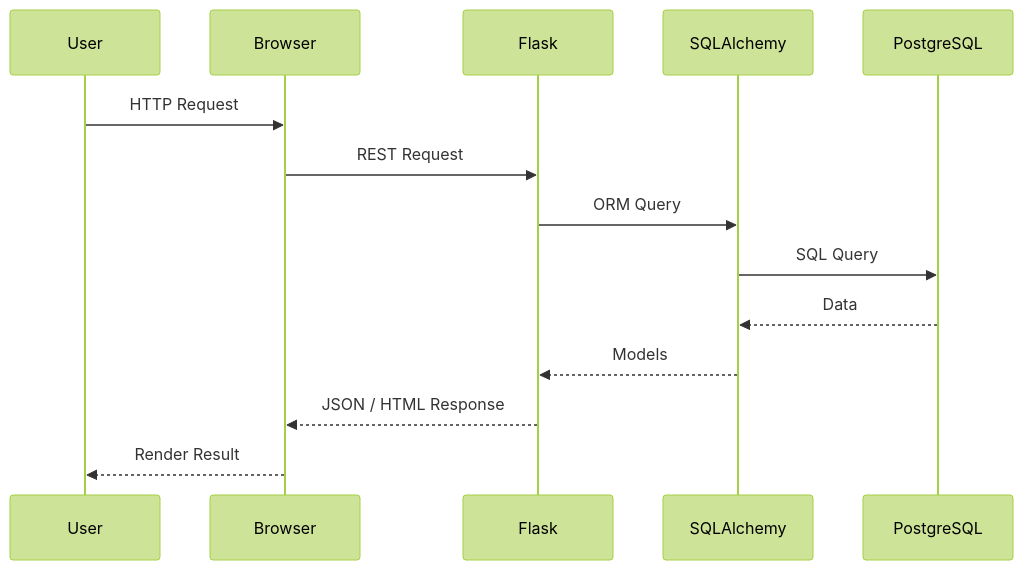
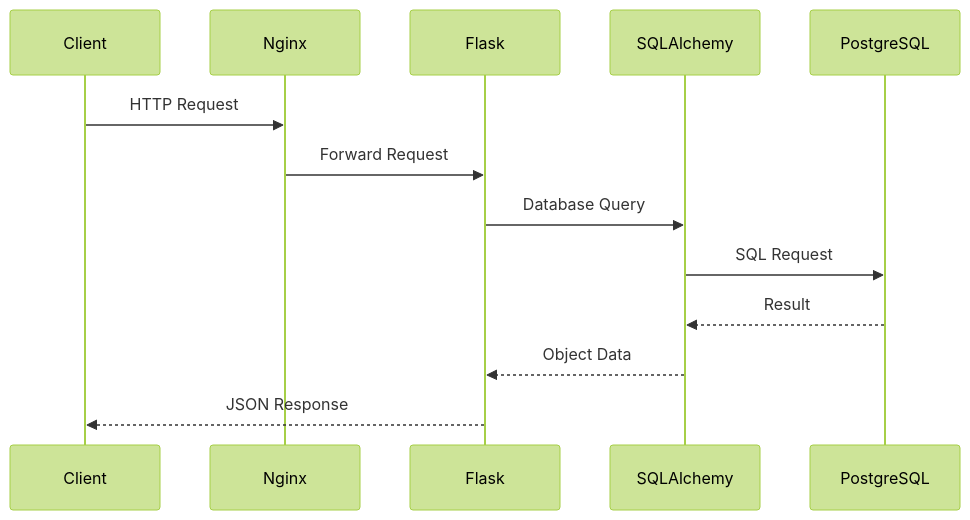
Before and after one commit to Evgen242/auto-inventory: the fourth of 6 diagrams in README.md, drawn with Mermaid (forest theme). The commit also changed other lines of this file, not shown here.

````diff
--- a/README.md
+++ b/README.md
@@ -509,25 +701,24 @@
 ```mermaid
 sequenceDiagram
 
-    participant User
-    participant Browser
+    participant Client
+    participant Nginx
     participant Flask
     participant SQLAlchemy
     participant PostgreSQL
 
-    User->>Browser: HTTP Request
 
-    Browser->>Flask: REST Request
+    Client->>Nginx: HTTP Request
 
-    Flask->>SQLAlchemy: ORM Query
+    Nginx->>Flask: Forward Request
 
-    SQLAlchemy->>PostgreSQL: SQL Query
+    Flask->>SQLAlchemy: Database Query
 
-    PostgreSQL-->>SQLAlchemy: Data
+    SQLAlchemy->>PostgreSQL: SQL Request
 
-    SQLAlchemy-->>Flask: Models
+    PostgreSQL-->>SQLAlchemy: Result
 
-    Flask-->>Browser: JSON / HTML Response
+    SQLAlchemy-->>Flask: Object Data
 
-    Browser-->>User: Render Result
+    Flask-->>Client: JSON Response
 ```
````
